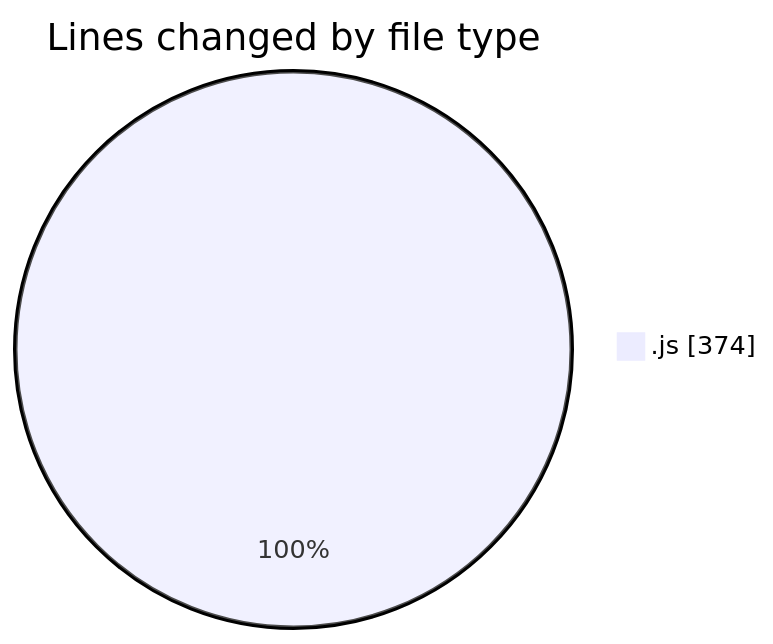
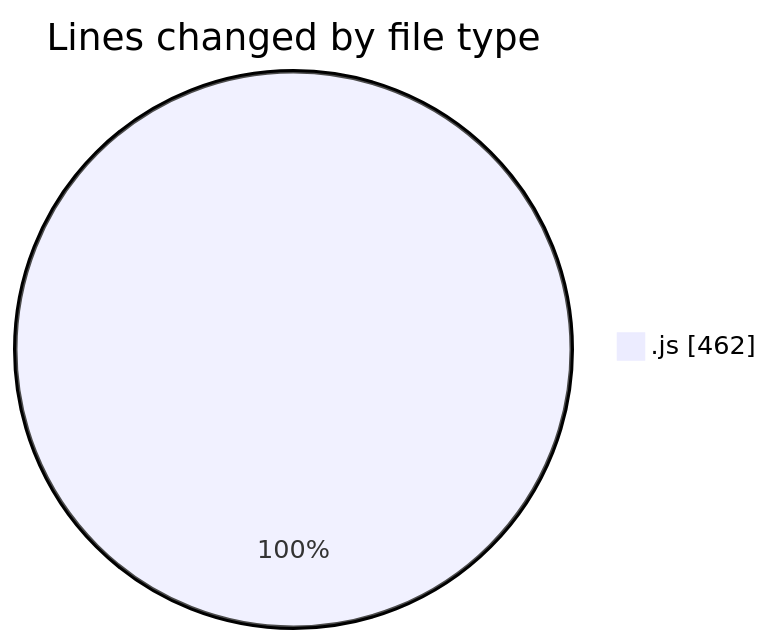
The first of 2 diagrams in 2025-03-27/vms-with-backend/README.md (BS-eng2023/code-tracking), drawn with Mermaid before and after one commit. The commit also changed other lines of this file and 1 other file, not shown here.

````diff
--- a/2025-03-27/vms-with-backend/README.md
+++ b/2025-03-27/vms-with-backend/README.md
@@ -25,5 +26,5 @@
 ```mermaid
 pie showData
 title Lines changed by file type
-".js" : 374
+".js" : 462
 ```
````
